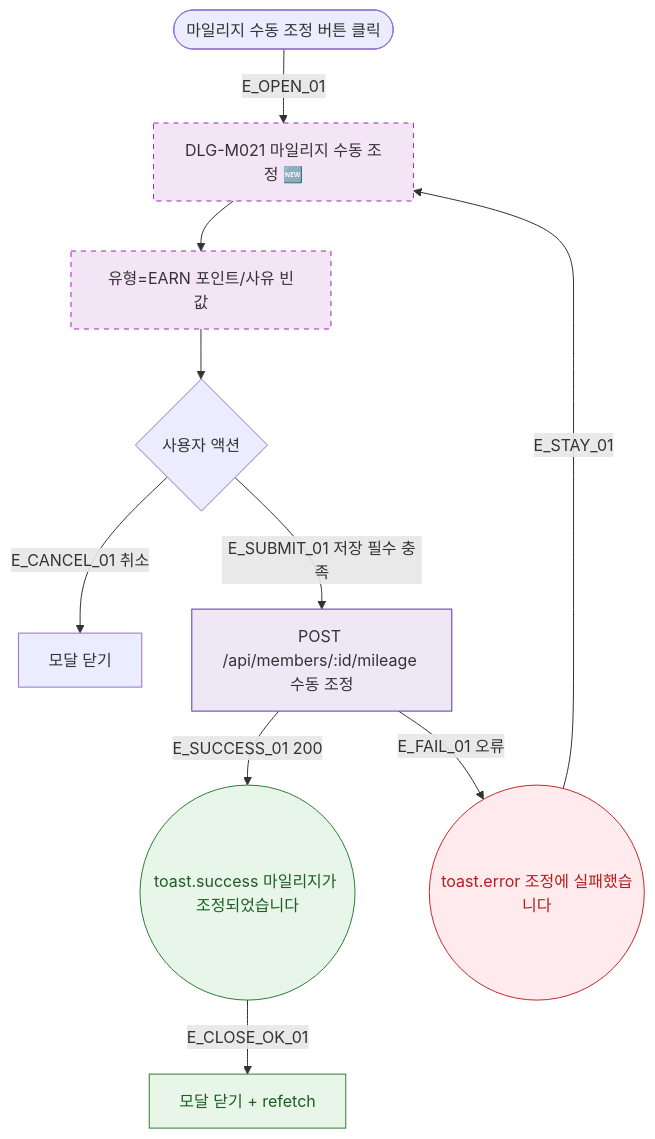
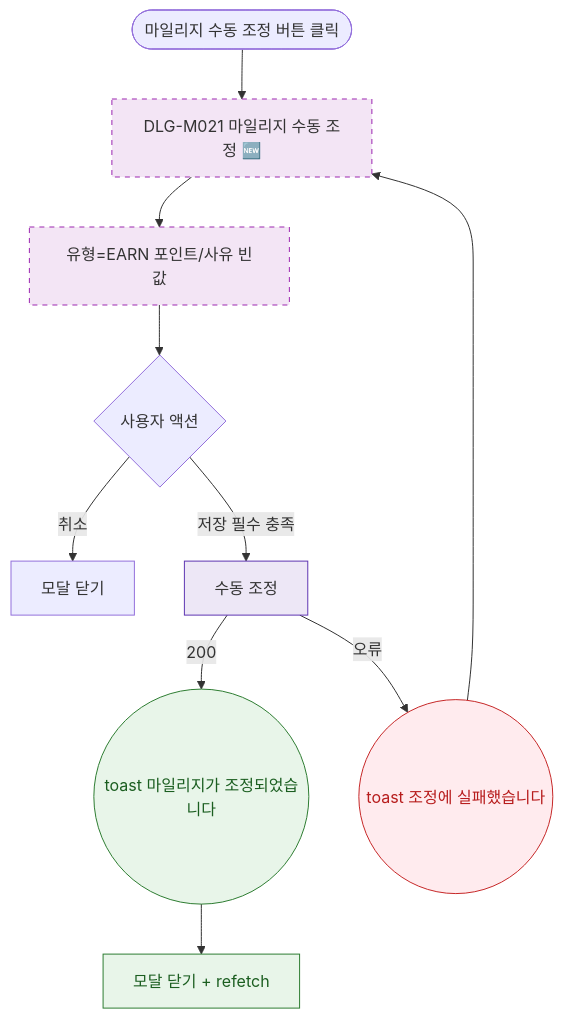
The diagram in docs/다이어그램/D02_회원관리/DLG/DLG-M021_마일리지조정/M1_생명주기.md (dev-spogym/admin-pando), drawn with Mermaid before and after one commit. The commit also changed other lines of this file and 1660 other files, not shown here.

First line of the commit message:
다이어그램: 기획자/클라이언트 납품본으로 정리

````diff
--- a/docs/다이어그램/D02_회원관리/DLG/DLG-M021_마일리지조정/M1_생명주기.md
+++ b/docs/다이어그램/D02_회원관리/DLG/DLG-M021_마일리지조정/M1_생명주기.md
@@ -22,28 +20,28 @@
 ```mermaid
 flowchart TD
   TRIGGER([마일리지 수동 조정 버튼 클릭])
 
-  TRIGGER -->|E_OPEN_01| DLG_OPEN[DLG-M021 마일리지 수동 조정 🆕]
+  TRIGGER --> DLG_OPEN[DLG-M021 마일리지 수동 조정 🆕]
   DLG_OPEN --> INIT[유형=EARN 포인트/사유 빈값]
 
   INIT --> USER_ACT{사용자 액션}
 
-  USER_ACT -->|E_CANCEL_01 취소| CLOSE[모달 닫기]
-  USER_ACT -->|E_SUBMIT_01 저장 필수 충족| API_CALL[POST /api/members/:id/mileage 수동 조정]
+  USER_ACT -->|취소|CLOSE[모달 닫기]
+  USER_ACT -->|저장 필수 충족|API_CALL[수동 조정]
 
-  API_CALL -->|E_SUCCESS_01 200| TOAST_OK((toast.success 마일리지가 조정되었습니다))
-  TOAST_OK -->|E_CLOSE_OK_01| POST_OK[모달 닫기 + refetch]
+  API_CALL -->|200|TOAST_OK((toast 마일리지가 조정되었습니다))
+  TOAST_OK --> POST_OK[모달 닫기 + refetch]
 
-  API_CALL -->|E_FAIL_01 오류| TOAST_ERR((toast.error 조정에 실패했습니다))
-  TOAST_ERR -->|E_STAY_01| DLG_OPEN
+  API_CALL -->|오류|TOAST_ERR((toast 조정에 실패했습니다))
+  TOAST_ERR --> DLG_OPEN
 
   classDef newFeature fill:#F3E5F5,stroke:#9C27B0,stroke-dasharray:5 5
-  classDef success    fill:#E8F5E9,stroke:#2E7D32,color:#1B5E20
-  classDef error      fill:#FFEBEE,stroke:#C62828,color:#B71C1C
-  classDef system     fill:#EDE7F6,stroke:#5E35B2
+  classDef success fill:#E8F5E9,stroke:#2E7D32,color:#1B5E20
+  classDef error fill:#FFEBEE,stroke:#C62828,color:#B71C1C
+  classDef system fill:#EDE7F6,stroke:#5E35B2
 
   class DLG_OPEN,INIT newFeature
   class TOAST_OK,POST_OK success
   class TOAST_ERR error
   class API_CALL system
 ```
````
